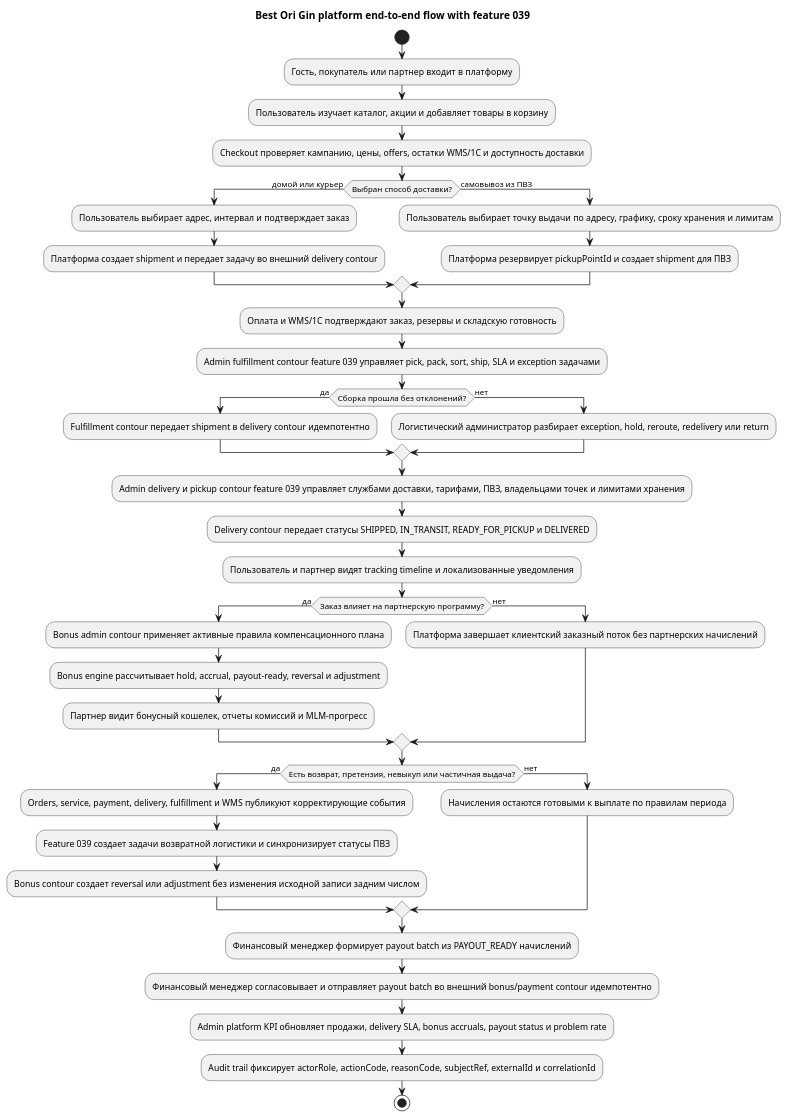
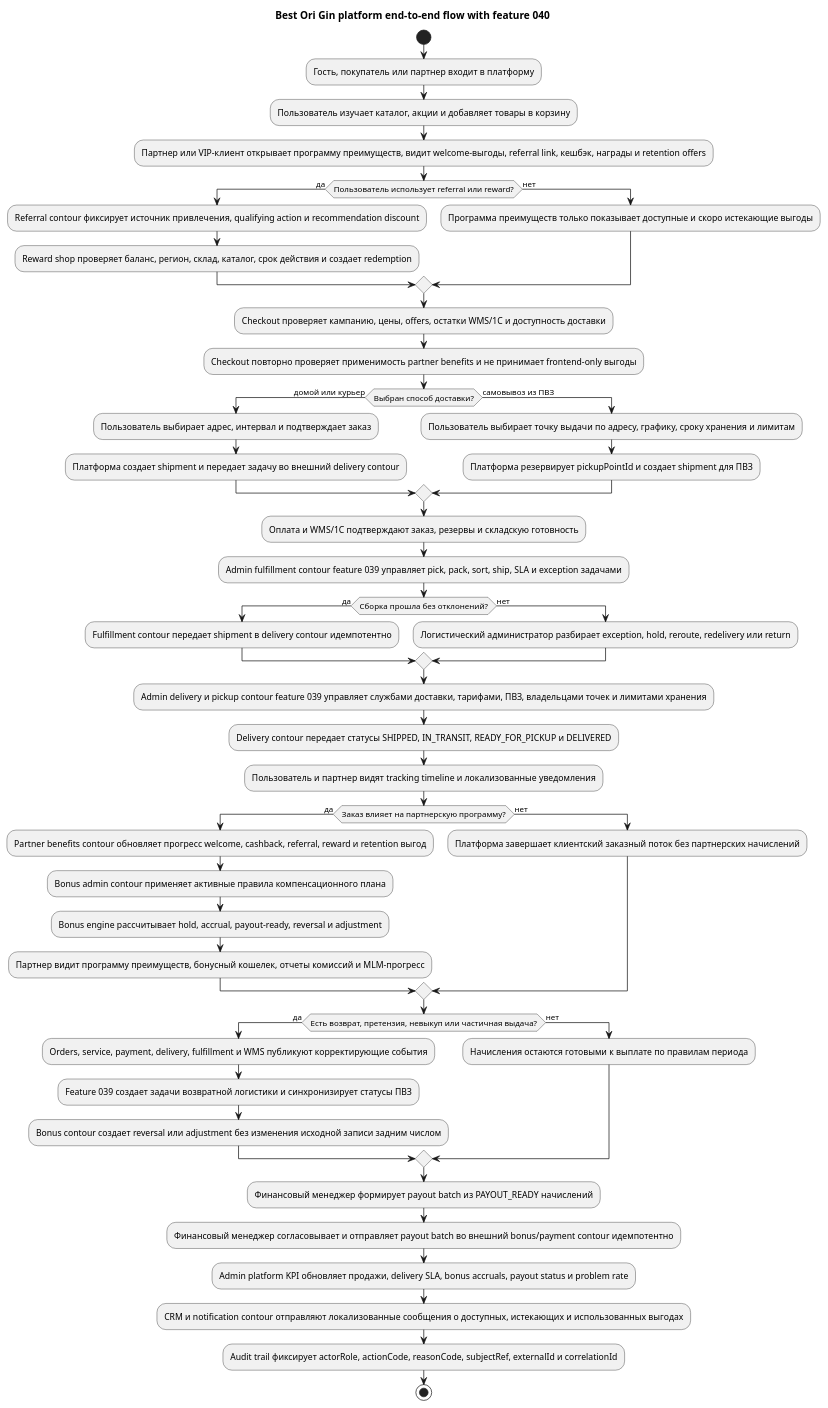
One commit to alextaralexander/ai_ori_test changed the diagram in agents/analytics/ba/end_to_end/end_to_end_process_bpmn.plantuml. Above: the diagram before and after it, drawn with PlantUML. The commit also changed 50 other files, not shown here.

Commit message:
agents_app2: complete feature #40 программа_преимуществ_партнера

```diff
--- a/agents/analytics/ba/end_to_end/end_to_end_process_bpmn.plantuml
+++ b/agents/analytics/ba/end_to_end/end_to_end_process_bpmn.plantuml
@@ -1,43 +1,53 @@
 @startuml
-title Best Ori Gin platform end-to-end flow with feature 039
+title Best Ori Gin platform end-to-end flow with feature 040
 start
 :Гость, покупатель или партнер входит в платформу;
 :Пользователь изучает каталог, акции и добавляет товары в корзину;
+:Партнер или VIP-клиент открывает программу преимуществ, видит welcome-выгоды, referral link, кешбэк, награды и retention offers;
+if (Пользователь использует referral или reward?) then (да)
+  :Referral contour фиксирует источник привлечения, qualifying action и recommendation discount;
+  :Reward shop проверяет баланс, регион, склад, каталог, срок действия и создает redemption;
+else (нет)
+  :Программа преимуществ только показывает доступные и скоро истекающие выгоды;
+endif
 :Checkout проверяет кампанию, цены, offers, остатки WMS/1C и доступность доставки;
+:Checkout повторно проверяет применимость partner benefits и не принимает frontend-only выгоды;
 if (Выбран способ доставки?) then (домой или курьер)
   :Пользователь выбирает адрес, интервал и подтверждает заказ;
   :Платформа создает shipment и передает задачу во внешний delivery contour;
 else (самовывоз из ПВЗ)
   :Пользователь выбирает точку выдачи по адресу, графику, сроку хранения и лимитам;
   :Платформа резервирует pickupPointId и создает shipment для ПВЗ;
 endif
 :Оплата и WMS/1C подтверждают заказ, резервы и складскую готовность;
 :Admin fulfillment contour feature 039 управляет pick, pack, sort, ship, SLA и exception задачами;
 if (Сборка прошла без отклонений?) then (да)
   :Fulfillment contour передает shipment в delivery contour идемпотентно;
 else (нет)
   :Логистический администратор разбирает exception, hold, reroute, redelivery или return;
 endif
 :Admin delivery и pickup contour feature 039 управляет службами доставки, тарифами, ПВЗ, владельцами точек и лимитами хранения;
 :Delivery contour передает статусы SHIPPED, IN_TRANSIT, READY_FOR_PICKUP и DELIVERED;
 :Пользователь и партнер видят tracking timeline и локализованные уведомления;
 if (Заказ влияет на партнерскую программу?) then (да)
+  :Partner benefits contour обновляет прогресс welcome, cashback, referral, reward и retention выгод;
   :Bonus admin contour применяет активные правила компенсационного плана;
   :Bonus engine рассчитывает hold, accrual, payout-ready, reversal и adjustment;
-  :Партнер видит бонусный кошелек, отчеты комиссий и MLM-прогресс;
+  :Партнер видит программу преимуществ, бонусный кошелек, отчеты комиссий и MLM-прогресс;
 else (нет)
   :Платформа завершает клиентский заказный поток без партнерских начислений;
 endif
 if (Есть возврат, претензия, невыкуп или частичная выдача?) then (да)
   :Orders, service, payment, delivery, fulfillment и WMS публикуют корректирующие события;
   :Feature 039 создает задачи возвратной логистики и синхронизирует статусы ПВЗ;
   :Bonus contour создает reversal или adjustment без изменения исходной записи задним числом;
 else (нет)
   :Начисления остаются готовыми к выплате по правилам периода;
 endif
 :Финансовый менеджер формирует payout batch из PAYOUT_READY начислений;
 :Финансовый менеджер согласовывает и отправляет payout batch во внешний bonus/payment contour идемпотентно;
 :Admin platform KPI обновляет продажи, delivery SLA, bonus accruals, payout status и problem rate;
+:CRM и notification contour отправляют локализованные сообщения о доступных, истекающих и использованных выгодах;
 :Audit trail фиксирует actorRole, actionCode, reasonCode, subjectRef, externalId и correlationId;
 stop
 @enduml
```
